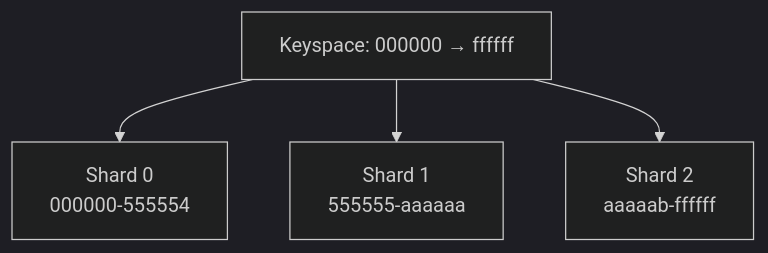
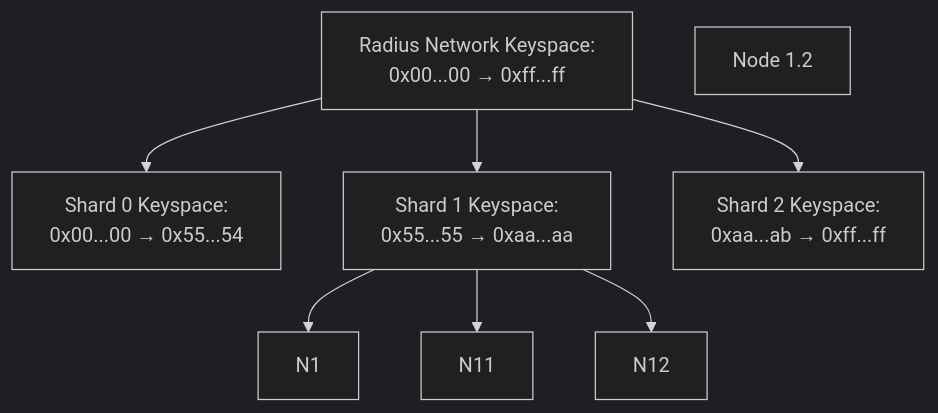
Before and after one commit to ryanRfox/dev-docs: the first of 5 diagrams in docs/pages/differentiators/architected-for-scale.mdx, drawn with Mermaid (dark theme). The commit also changed other lines of this file and 4 other files, not shown here.

````diff
--- a/docs/pages/differentiators/architected-for-scale.mdx
+++ b/docs/pages/differentiators/architected-for-scale.mdx
@@ -29,10 +29,16 @@
 ```mermaid
 flowchart TB
-    K["Keyspace: 000000 → ffffff"]
+    K["Radius Network Keyspace:<br/>0x00...00 → 0xff...ff"]
 
     K --> S0 & S1 & S2
 
-    S0["Shard 0<br/>000000-555554"]
-    S1["Shard 1<br/>555555-aaaaaa"]
-    S2["Shard 2<br/>aaaaab-ffffff"]
+    S0["Shard 0 Keyspace:<br/>0x00...00 → 0x55...54"]
+    S1["Shard 1 Keyspace:<br/>0x55...55 → 0xaa...aa"]
+    S2["Shard 2 Keyspace:<br/>0xaa...ab → 0xff...ff"]
+
+    S1 --> N1 & N11 & N12
+
+    N10["Node 1.0"]
+    N10["Node 1.1"]
+    N10["Node 1.2"]
 ```
````
